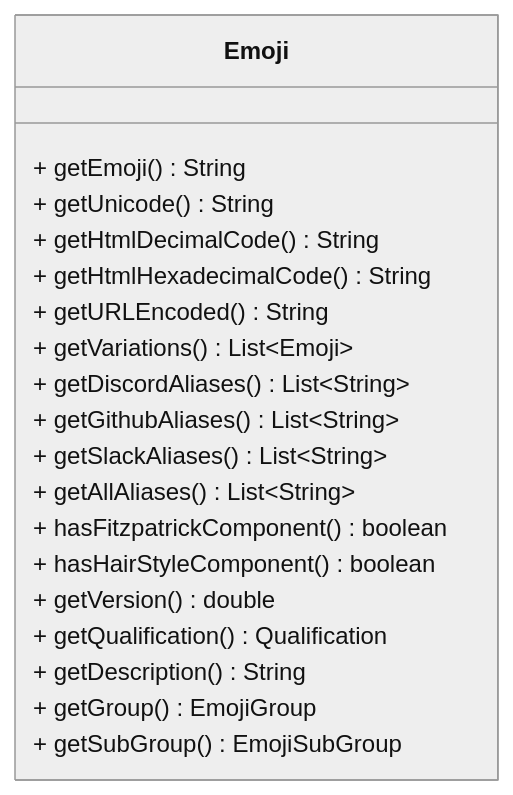
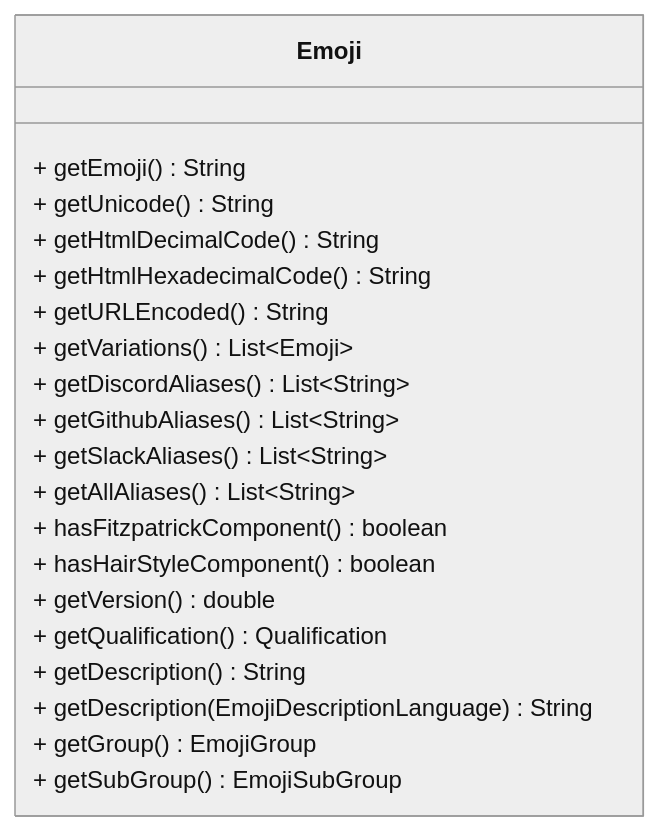
The diagram in README.md (felldo/JEmoji), drawn with Mermaid (neutral theme) before and after one commit. The commit also changed other lines of this file and 6 other files, not shown here.

````diff
--- a/README.md
+++ b/README.md
@@ -142,23 +153,24 @@
 ```mermaid
 classDiagram
 direction BT
 class Emoji {
 + getEmoji() String
 + getUnicode() String
 + getHtmlDecimalCode() String
 + getHtmlHexadecimalCode() String
 + getURLEncoded() String
 + getVariations() List~Emoji~
 + getDiscordAliases() List~String~
 + getGithubAliases() List~String~
 + getSlackAliases() List~String~
 + getAllAliases() List~String~
 + hasFitzpatrickComponent() boolean
 + hasHairStyleComponent() boolean
 + getVersion() double
 + getQualification() Qualification
 + getDescription() String
++ getDescription(EmojiDescriptionLanguage) String
 + getGroup() EmojiGroup
 + getSubGroup() EmojiSubGroup
 }
 ```
````
